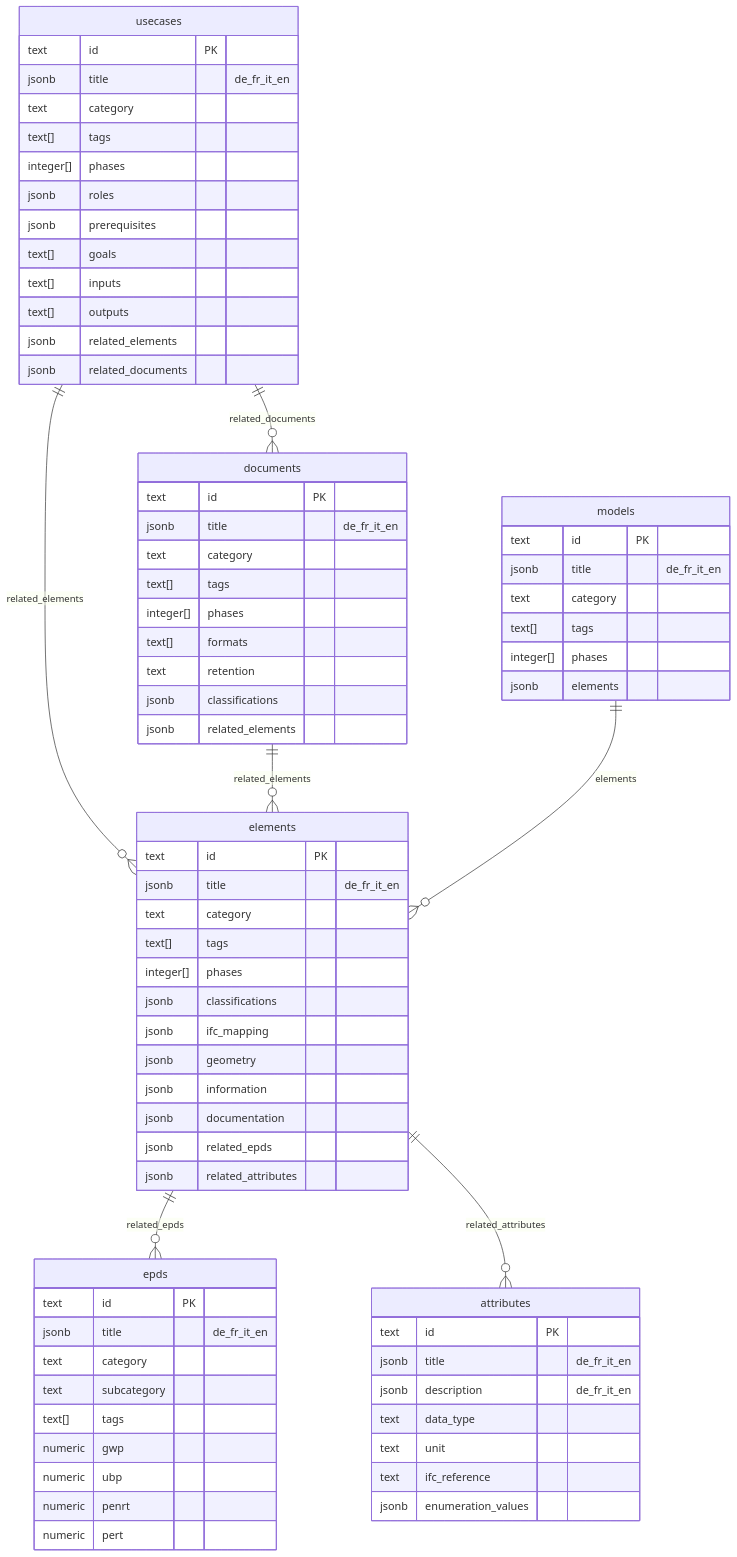
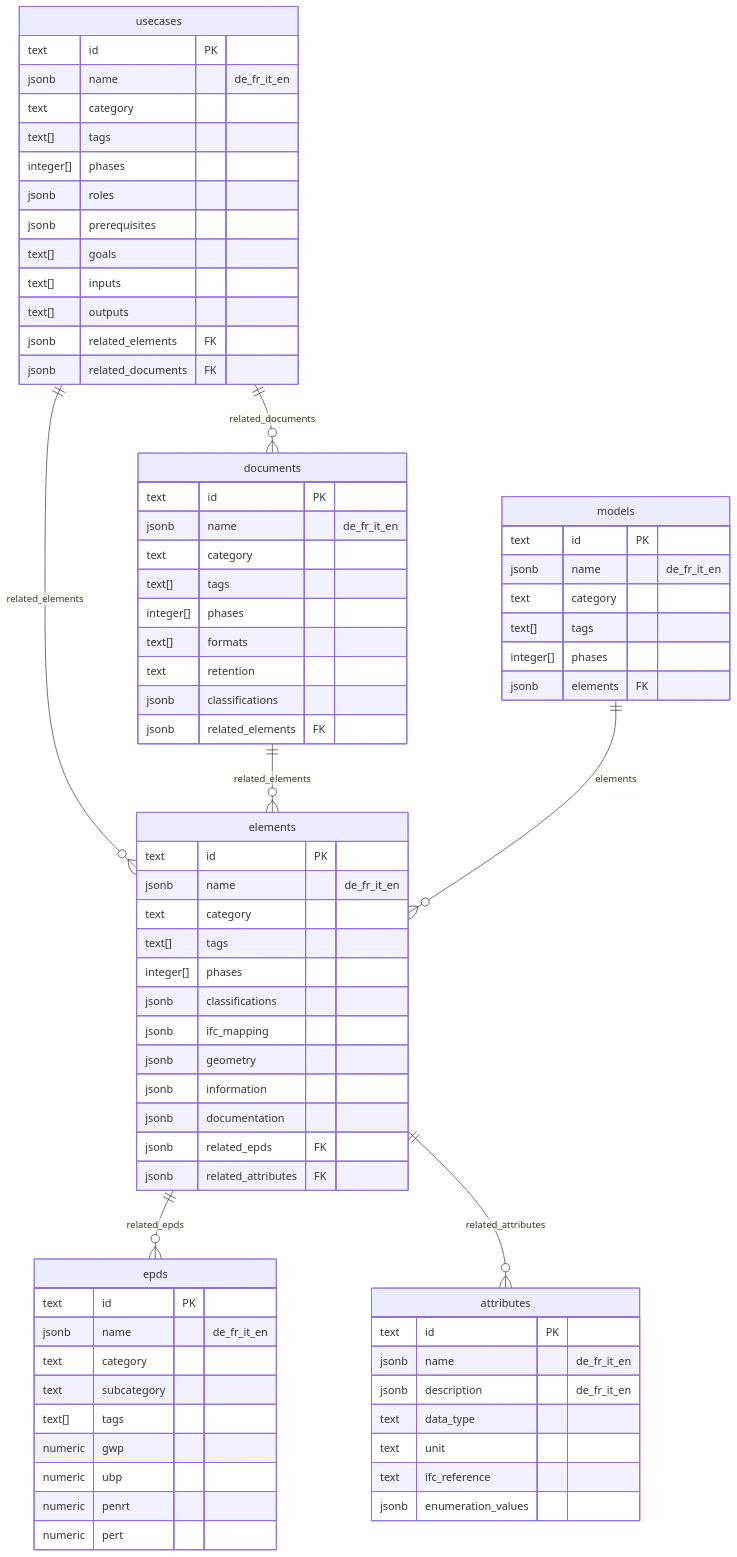
One commit to davras5/kbob-fdk changed the diagram in documentation/DATAMODEL.md. Above: the diagram before and after it, drawn with Mermaid.

Commit message:
Rename title→name and add FK markers to relationship fields
- Rename 'title' to 'name' across all entities for consistency
- Add FK notation to related_* fields to clarify they are relationships
  (even though technically JSONB, not true foreign keys)

````diff
--- a/documentation/DATAMODEL.md
+++ b/documentation/DATAMODEL.md
@@ -40,82 +40,82 @@
 ```mermaid
 erDiagram
     usecases ||--o{ elements : "related_elements"
     usecases ||--o{ documents : "related_documents"
     elements ||--o{ epds : "related_epds"
     elements ||--o{ attributes : "related_attributes"
     documents ||--o{ elements : "related_elements"
     models ||--o{ elements : "elements"
 
     elements {
         text id PK
-        jsonb title "de_fr_it_en"
+        jsonb name "de_fr_it_en"
         text category
         text[] tags
         integer[] phases
         jsonb classifications
         jsonb ifc_mapping
         jsonb geometry
         jsonb information
         jsonb documentation
-        jsonb related_epds
-        jsonb related_attributes
+        jsonb related_epds FK
+        jsonb related_attributes FK
     }
 
     attributes {
         text id PK
-        jsonb title "de_fr_it_en"
+        jsonb name "de_fr_it_en"
         jsonb description "de_fr_it_en"
         text data_type
         text unit
         text ifc_reference
         jsonb enumeration_values
     }
 
     documents {
         text id PK
-        jsonb title "de_fr_it_en"
+        jsonb name "de_fr_it_en"
         text category
         text[] tags
         integer[] phases
         text[] formats
         text retention
         jsonb classifications
-        jsonb related_elements
+        jsonb related_elements FK
     }
 
     usecases {
         text id PK
-        jsonb title "de_fr_it_en"
+        jsonb name "de_fr_it_en"
         text category
         text[] tags
         integer[] phases
         jsonb roles
         jsonb prerequisites
         text[] goals
         text[] inputs
         text[] outputs
-        jsonb related_elements
-        jsonb related_documents
+        jsonb related_elements FK
+        jsonb related_documents FK
     }
 
     models {
         text id PK
-        jsonb title "de_fr_it_en"
+        jsonb name "de_fr_it_en"
         text category
         text[] tags
         integer[] phases
-        jsonb elements
+        jsonb elements FK
     }
 
     epds {
         text id PK
-        jsonb title "de_fr_it_en"
+        jsonb name "de_fr_it_en"
         text category
         text subcategory
         text[] tags
         numeric gwp
         numeric ubp
         numeric penrt
         numeric pert
     }
 ```
````
